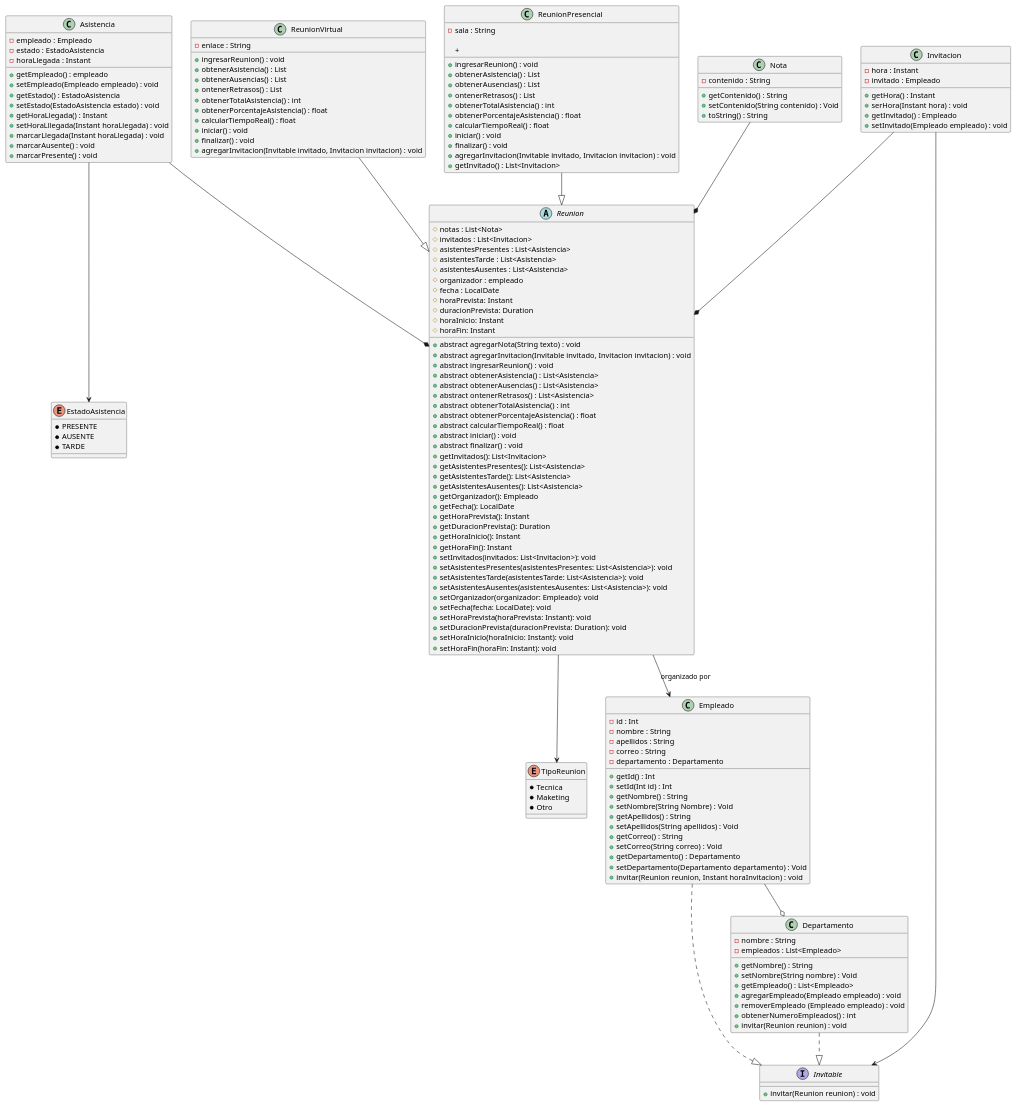
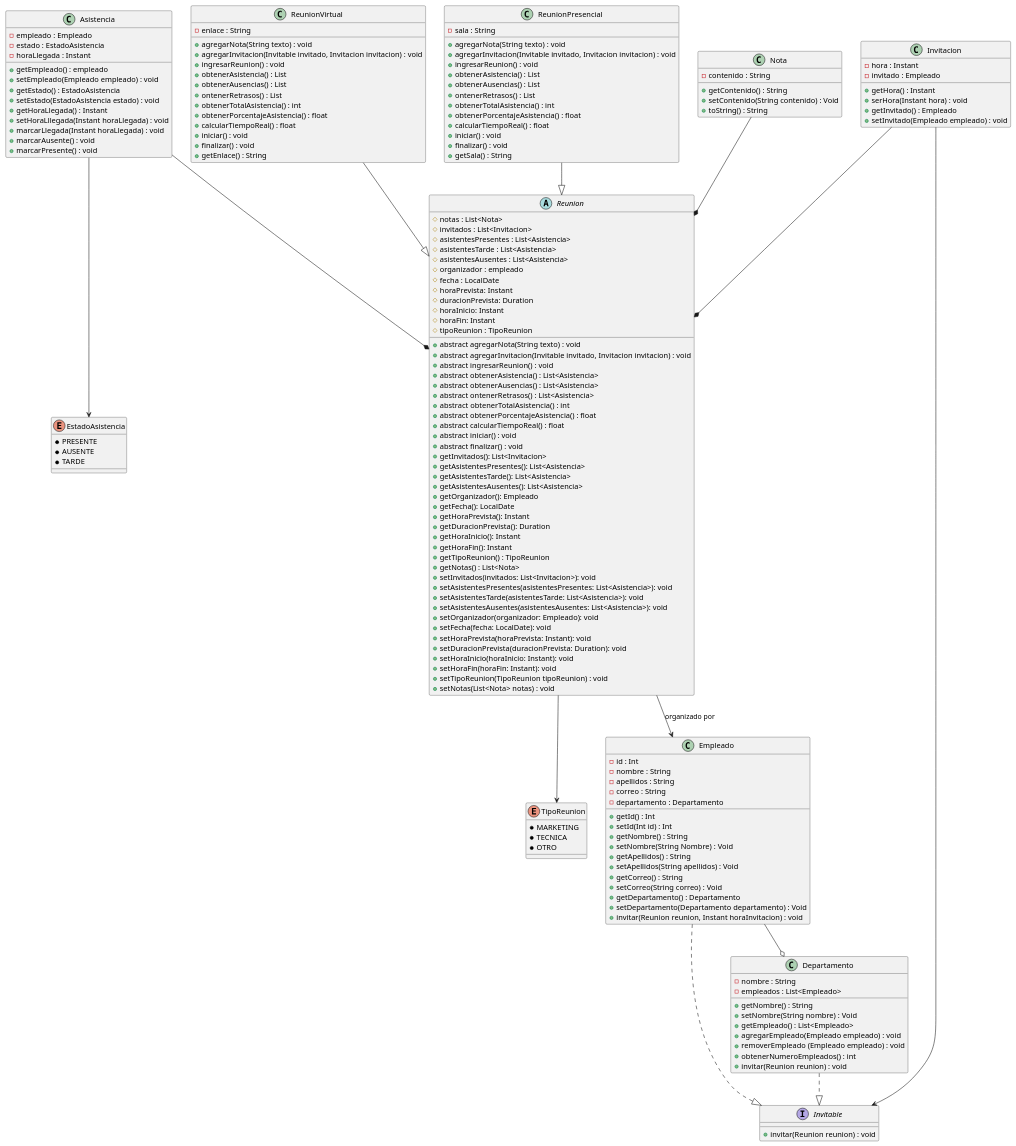
Before and after one commit to d-a-t-s/Tarea2: the diagram in Diagrama.puml, drawn with PlantUML. The commit also changed 1 other file, not shown here.

Commit message:
Modificado UML

```diff
--- a/Diagrama.puml
+++ b/Diagrama.puml
@@ -1,181 +1,189 @@
 @startuml
 
 abstract class Reunion {
     # notas : List<Nota>
     # invitados : List<Invitacion>
     #asistentesPresentes : List<Asistencia>
     #asistentesTarde : List<Asistencia>
     #asistentesAusentes : List<Asistencia>
     #organizador : empleado
     #fecha : LocalDate
     # horaPrevista: Instant
     # duracionPrevista: Duration
     # horaInicio: Instant
     # horaFin: Instant
+    # tipoReunion : TipoReunion
 
     +abstract agregarNota(String texto) : void
     +abstract agregarInvitacion(Invitable invitado, Invitacion invitacion) : void
     +abstract ingresarReunion() : void
     +abstract obtenerAsistencia() : List<Asistencia>
     +abstract obtenerAusencias() : List<Asistencia>
     +abstract ontenerRetrasos() : List<Asistencia>
     +abstract obtenerTotalAsistencia() : int
     +abstract obtenerPorcentajeAsistencia() : float
     +abstract calcularTiempoReal() : float
     +abstract iniciar() : void
     +abstract finalizar() : void
     + getInvitados(): List<Invitacion>
     + getAsistentesPresentes(): List<Asistencia>
     + getAsistentesTarde(): List<Asistencia>
     + getAsistentesAusentes(): List<Asistencia>
     + getOrganizador(): Empleado
     + getFecha(): LocalDate
     + getHoraPrevista(): Instant
     + getDuracionPrevista(): Duration
     + getHoraInicio(): Instant
     + getHoraFin(): Instant
+    +getTipoReunion() : TipoReunion
+    + getNotas() : List<Nota>
     + setInvitados(invitados: List<Invitacion>): void
     + setAsistentesPresentes(asistentesPresentes: List<Asistencia>): void
     + setAsistentesTarde(asistentesTarde: List<Asistencia>): void
     + setAsistentesAusentes(asistentesAusentes: List<Asistencia>): void
     + setOrganizador(organizador: Empleado): void
     + setFecha(fecha: LocalDate): void
     + setHoraPrevista(horaPrevista: Instant): void
     + setDuracionPrevista(duracionPrevista: Duration): void
     + setHoraInicio(horaInicio: Instant): void
     + setHoraFin(horaFin: Instant): void
+    + setTipoReunion(TipoReunion tipoReunion) : void
+    + setNotas(List<Nota> notas) : void
 }
 
 enum TipoReunion {
-  * Tecnica
-  * Maketing
-  * Otro
+  * MARKETING
+  * TECNICA
+  * OTRO
 }
 
 enum EstadoAsistencia {
     * PRESENTE
     * AUSENTE
     * TARDE
 }
 
 class Nota {
   - contenido : String
 
   +getContenido() : String
   +setContenido(String contenido) : Void
   +toString() : String
 }
 
 class Invitacion {
   - hora : Instant
   - invitado : Empleado
 
   +getHora() : Instant
   +serHora(Instant hora) : void
   +getInvitado() : Empleado
   +setInvitado(Empleado empleado) : void
 }
 
 class Asistencia {
     - empleado : Empleado
     - estado : EstadoAsistencia
     - horaLlegada : Instant
 
     + getEmpleado() : empleado
     + setEmpleado(Empleado empleado) : void
     + getEstado() : EstadoAsistencia
     + setEstado(EstadoAsistencia estado) : void
     + getHoraLlegada() : Instant
     + setHoraLllegada(Instant horaLlegada) : void
     + marcarLlegada(Instant horaLlegada) : void
     + marcarAusente() : void
     + marcarPresente() : void
 }
 
 
 interface Invitable {
 
     +invitar(Reunion reunion) : void
 }
 
 class ReunionVirtual {
     - enlace : String
 
+    + agregarNota(String texto) : void
+    + agregarInvitacion(Invitable invitado, Invitacion invitacion) : void
     + ingresarReunion() : void
     + obtenerAsistencia() : List
     + obtenerAusencias() : List
     + ontenerRetrasos() : List
     + obtenerTotalAsistencia() : int
     + obtenerPorcentajeAsistencia() : float
     + calcularTiempoReal() : float
     + iniciar() : void
     + finalizar() : void
-    + agregarInvitacion(Invitable invitado, Invitacion invitacion) : void
+    +getEnlace() : String
+
 }
 
 class ReunionPresencial {
     - sala : String
 
+    + agregarNota(String texto) : void
+    + agregarInvitacion(Invitable invitado, Invitacion invitacion) : void
     + ingresarReunion() : void
     + obtenerAsistencia() : List
     + obtenerAusencias() : List
     + ontenerRetrasos() : List
     + obtenerTotalAsistencia() : int
     + obtenerPorcentajeAsistencia() : float
     + calcularTiempoReal() : float
     + iniciar() : void
     + finalizar() : void
-    + agregarInvitacion(Invitable invitado, Invitacion invitacion) : void
-    + getInvitado() : List<Invitacion>
-    +
+    + getSala() : String
 }
 
 class Empleado {
     - id : Int
     - nombre : String
     - apellidos : String
     - correo : String
     - departamento : Departamento
 
     +getId() : Int
     +setId(Int id) : Int
     +getNombre() : String
     +setNombre(String Nombre) : Void
     +getApellidos() : String
     +setApellidos(String apellidos) : Void
     +getCorreo() : String
     +setCorreo(String correo) : Void
     +getDepartamento() : Departamento
     +setDepartamento(Departamento departamento) : Void
     +invitar(Reunion reunion, Instant horaInvitacion) : void
 
 
 }
 
 class Departamento {
     - nombre : String
     - empleados : List<Empleado>
 
     +getNombre() : String
     +setNombre(String nombre) : Void
     +getEmpleado() : List<Empleado>
     +agregarEmpleado(Empleado empleado) : void
     +removerEmpleado (Empleado empleado) : void
     +obtenerNumeroEmpleados() : int
     +invitar(Reunion reunion) : void
 }
 
 Nota --* Reunion
 Asistencia --* Reunion
 Invitacion --* Reunion
 ReunionVirtual --|> Reunion
 ReunionPresencial --|> Reunion
 Reunion --> TipoReunion
 Invitacion --> Invitable
 Reunion  --> Empleado: organizado por
 Empleado --o Departamento
 Empleado ..|> Invitable
 Departamento ..|> Invitable
 Asistencia --> EstadoAsistencia
 
 @enduml
```
